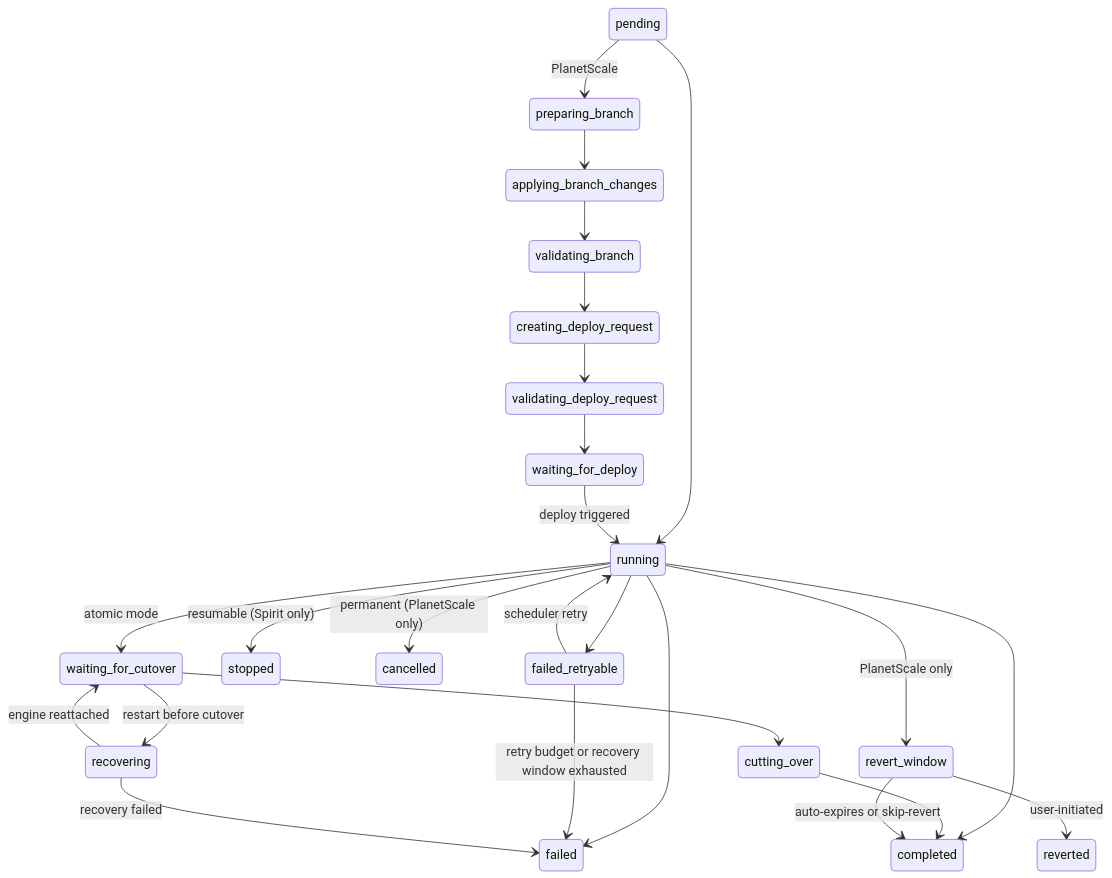
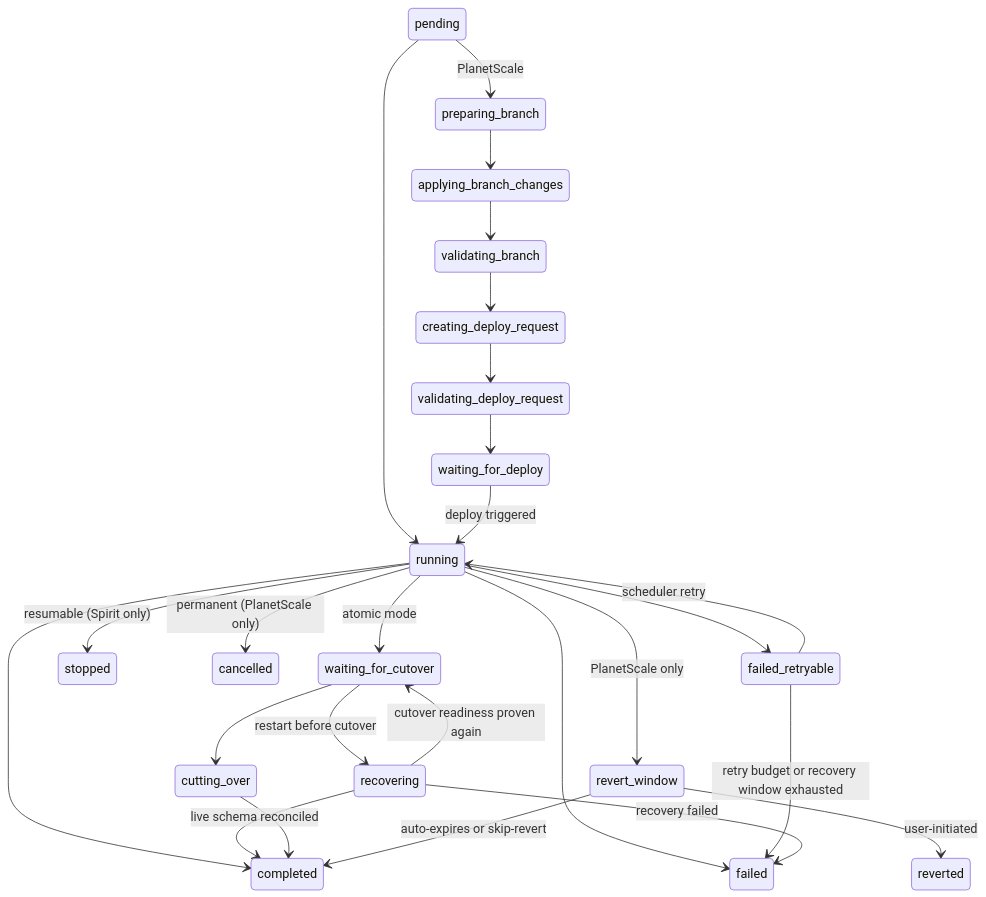
The first of 3 diagrams in pkg/state/README.md (block/schemabot), drawn with Mermaid before and after one commit. The commit also changed other lines of this file and 5 other files, not shown here.

````diff
--- a/pkg/state/README.md
+++ b/pkg/state/README.md
@@ -37,29 +37,30 @@
 ```mermaid
 stateDiagram-v2
     pending --> running
     pending --> preparing_branch : PlanetScale
     preparing_branch --> applying_branch_changes
     applying_branch_changes --> validating_branch
     validating_branch --> creating_deploy_request
     creating_deploy_request --> validating_deploy_request
     validating_deploy_request --> waiting_for_deploy
     waiting_for_deploy --> running : deploy triggered
     running --> completed
     running --> failed
     running --> failed_retryable
     running --> stopped : resumable (Spirit only)
     running --> cancelled : permanent (PlanetScale only)
     running --> waiting_for_cutover : atomic mode
     running --> revert_window : PlanetScale only
     failed_retryable --> running : scheduler retry
     failed_retryable --> failed : retry budget or recovery window exhausted
 
     waiting_for_cutover --> recovering : restart before cutover
-    recovering --> waiting_for_cutover : engine reattached
+    recovering --> waiting_for_cutover : cutover readiness proven again
+    recovering --> completed : live schema reconciled
     recovering --> failed : recovery failed
     waiting_for_cutover --> cutting_over
     cutting_over --> completed
 
     revert_window --> completed : auto-expires or skip-revert
     revert_window --> reverted : user-initiated
 ```
````
